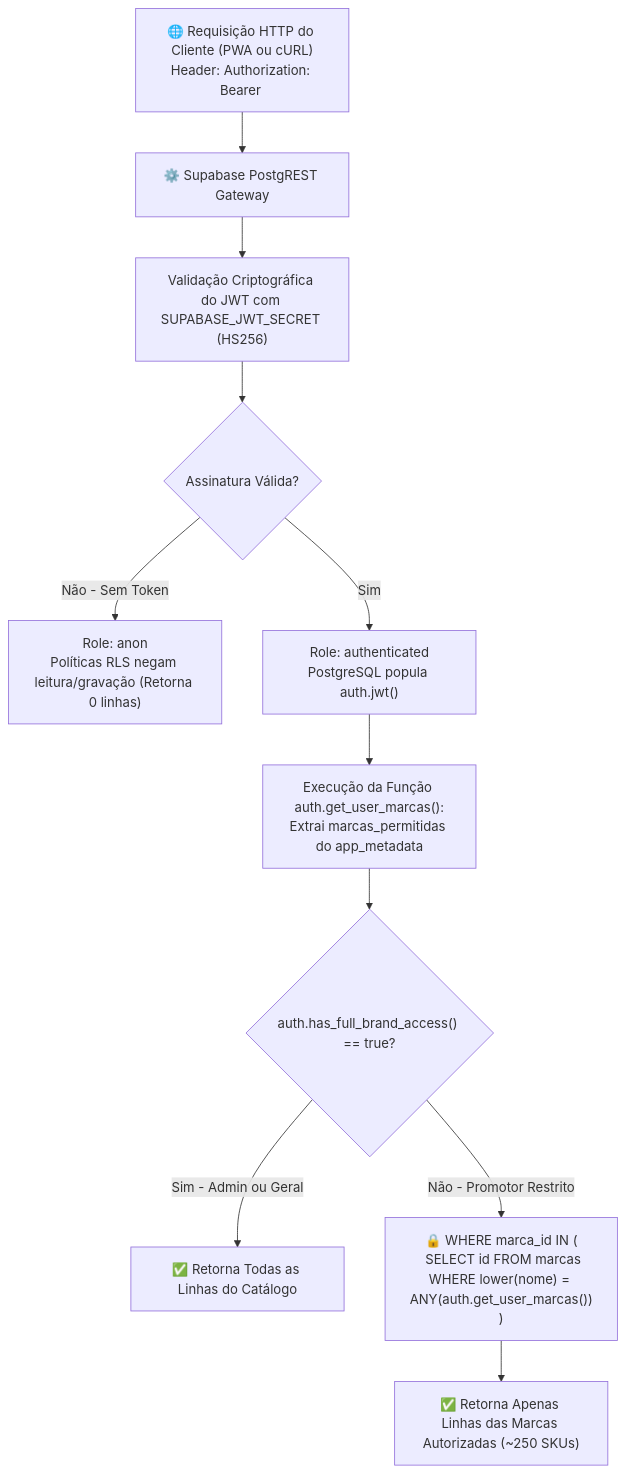
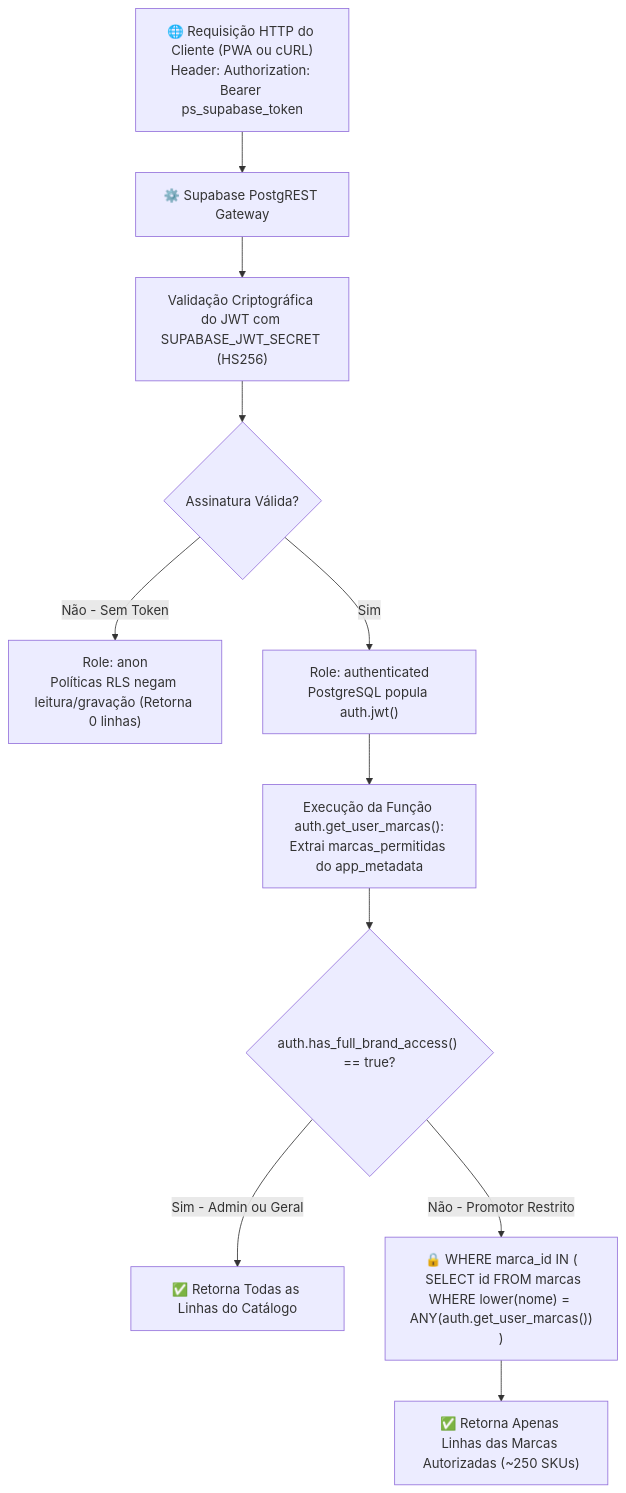
One commit to NaejBarbosa/paletscan-etl changed the second of 2 diagrams in docs/supabase.md. Above: the diagram before and after it, drawn with Mermaid. The commit also changed other lines of this file and 19 other files, not shown here.

````diff
--- a/docs/supabase.md
+++ b/docs/supabase.md
@@ -85,24 +77,24 @@
 ```mermaid
 flowchart TD
-    CLIENT_REQ["🌐 Requisição HTTP do Cliente (PWA ou cURL)\nHeader: Authorization: Bearer <ps_supabase_token>"]
+    CLIENT_REQ["🌐 Requisição HTTP do Cliente (PWA ou cURL)\nHeader: Authorization: Bearer ps_supabase_token"]
     
     CLIENT_REQ --> POSTGREST["⚙️ Supabase PostgREST Gateway"]
     
     POSTGREST --> VERIFY_JWT["Validação Criptográfica do JWT com SUPABASE_JWT_SECRET (HS256)"]
     
     VERIFY_JWT --> IS_VALID{"Assinatura Válida?"}
     
     IS_VALID -->|Não - Sem Token| ROLE_ANON["Role: anon\nPolíticas RLS negam leitura/gravação (Retorna 0 linhas)"]
     
     IS_VALID -->|Sim| ROLE_AUTH["Role: authenticated\nPostgreSQL popula auth.jwt()"]
     
     ROLE_AUTH --> EVAL_RLS["Execução da Função auth.get_user_marcas():\nExtrai marcas_permitidas do app_metadata"]
     
     EVAL_RLS --> CHECK_FULL{"auth.has_full_brand_access() == true?"}
     
     CHECK_FULL -->|Sim - Admin ou Geral| ALLOW_ALL["✅ Retorna Todas as Linhas do Catálogo"]
     
     CHECK_FULL -->|Não - Promotor Restrito| FILTER_BRANDS["🔒 WHERE marca_id IN (\n  SELECT id FROM marcas WHERE lower(nome) = ANY(auth.get_user_marcas())\n)"]
     
     FILTER_BRANDS --> RETURN_RESTRICTED["✅ Retorna Apenas Linhas das Marcas Autorizadas (~250 SKUs)"]
 ```
````
